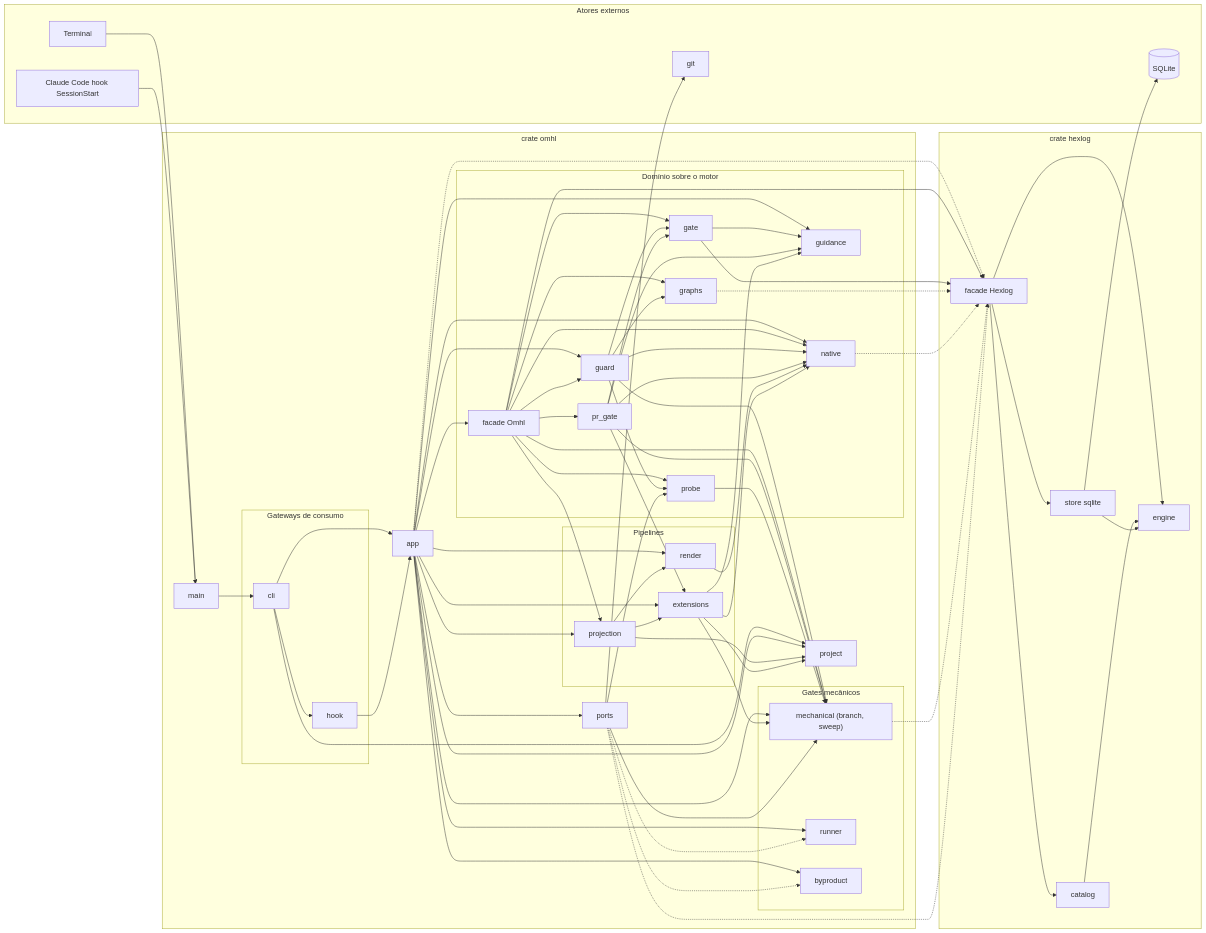
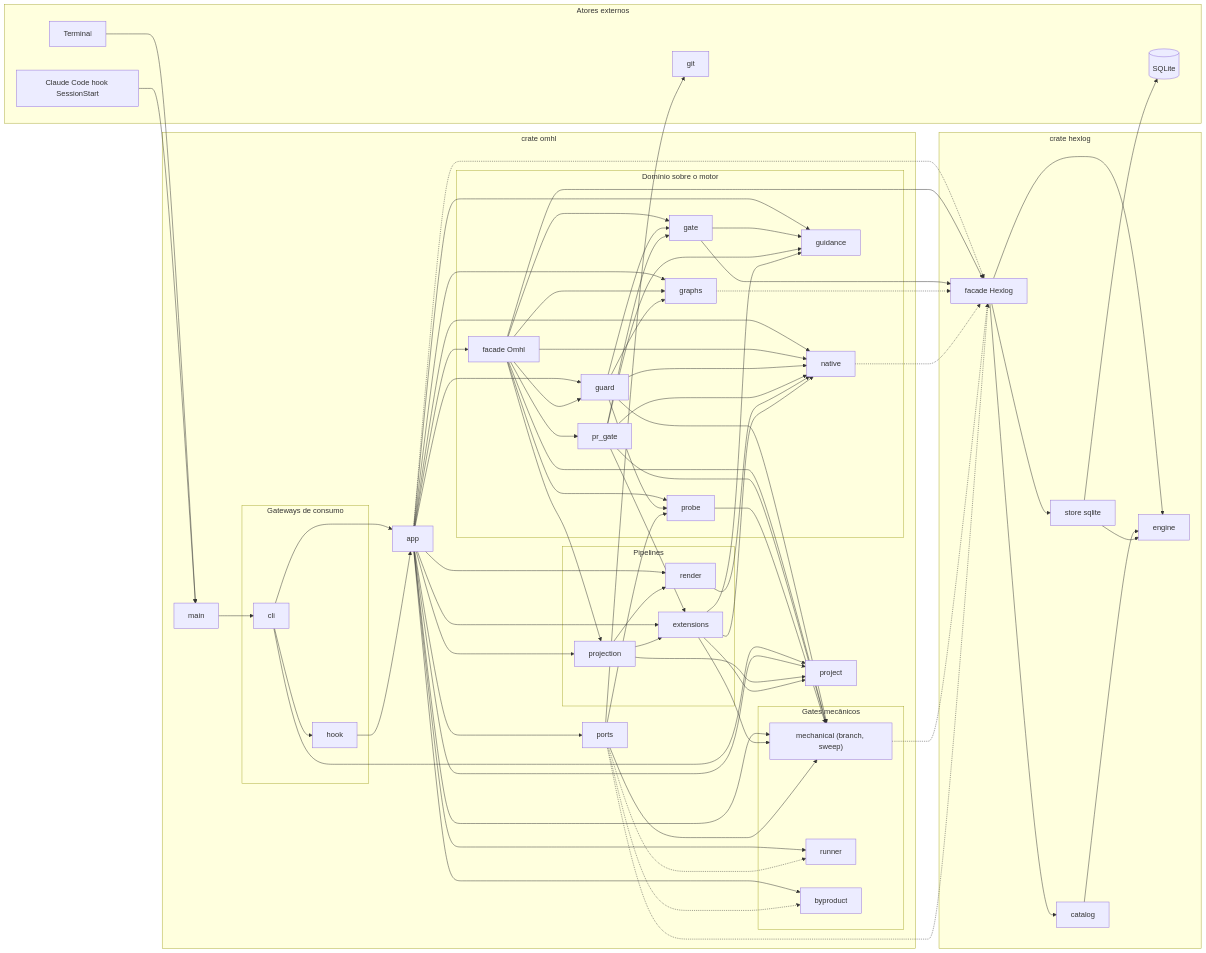
The diagram in docs/architecture.md (gabrielh-silvestre/oh-my-hexflow), drawn with Mermaid before and after one commit. The commit also changed other lines of this file and 15 other files, not shown here.

```diff
--- a/docs/architecture.md
+++ b/docs/architecture.md
@@ -73,6 +73,7 @@
   app --> render
   app --> native
   app --> guard
+  app --> graphs
   app --> ports
   app --> guidance
   gate --> guidance
```
